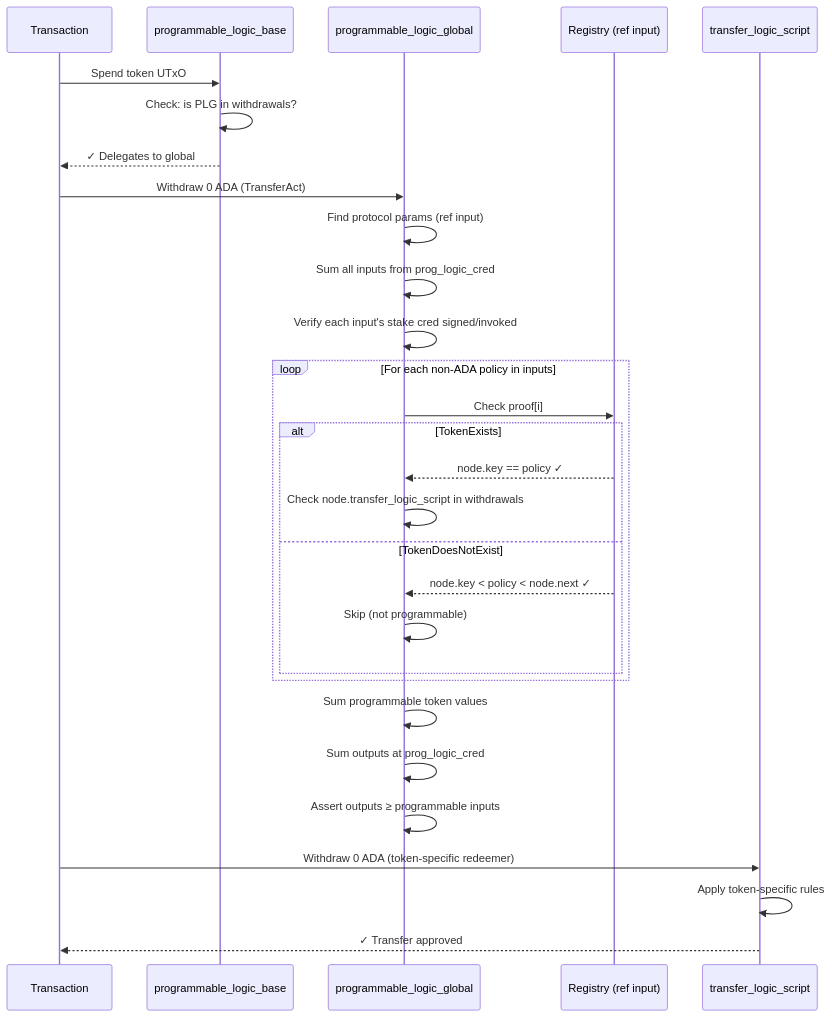
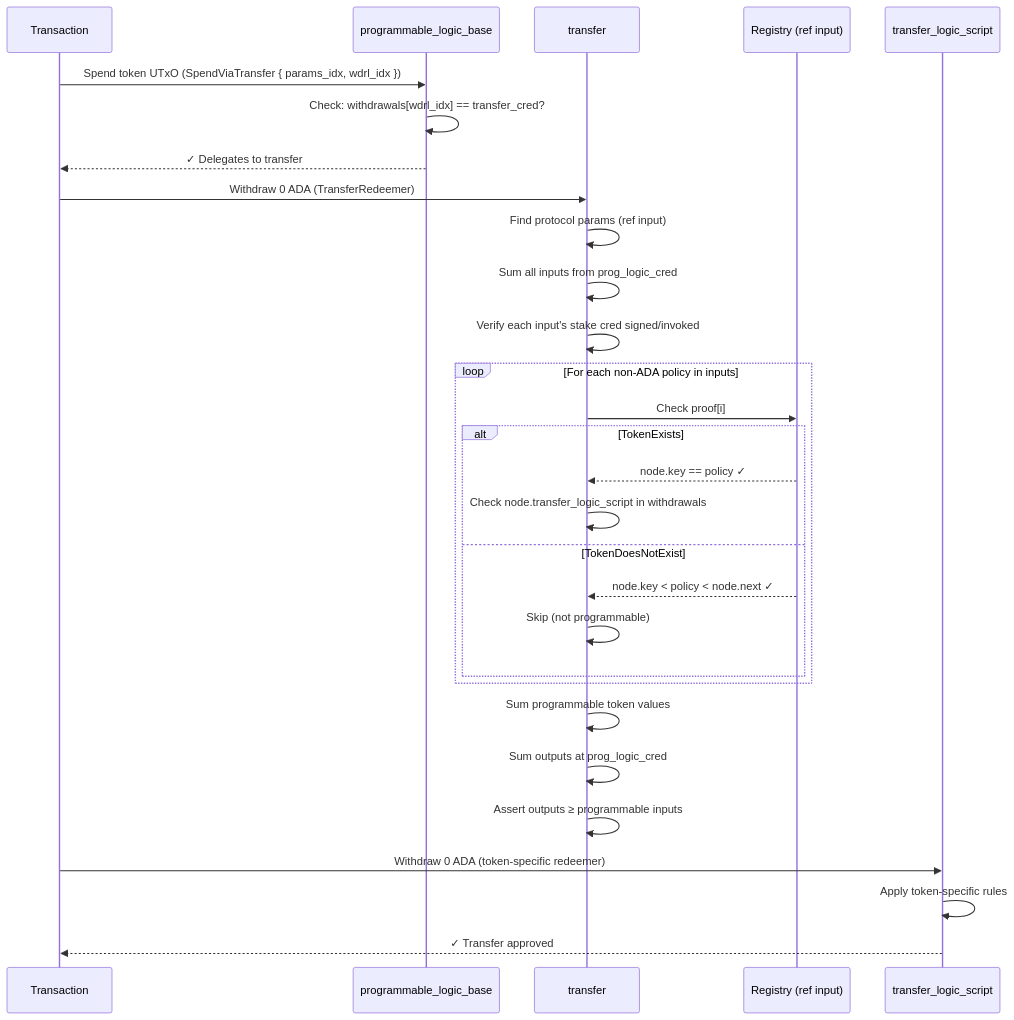
One commit to cardano-foundation/cip113-programmable-tokens changed the third of 3 diagrams in documentation/02-ARCHITECTURE.md. Above: the diagram before and after it, drawn with Mermaid. The commit also changed other lines of this file and 39 other files, not shown here.

First line of the commit message:
Dissolve PLG: PLB dispatches directly to transfer / third_party / unfracking (#110)

````diff
--- a/documentation/02-ARCHITECTURE.md
+++ b/documentation/02-ARCHITECTURE.md
@@ -415,36 +470,36 @@
 ```mermaid
 sequenceDiagram
     participant TX as Transaction
     participant PLB as programmable_logic_base
-    participant PLG as programmable_logic_global
+    participant TR as transfer
     participant REG as Registry (ref input)
     participant TL as transfer_logic_script
 
-    TX->>PLB: Spend token UTxO
-    PLB->>PLB: Check: is PLG in withdrawals?
-    PLB-->>TX: ✓ Delegates to global
+    TX->>PLB: Spend token UTxO (SpendViaTransfer { params_idx, wdrl_idx })
+    PLB->>PLB: Check: withdrawals[wdrl_idx] == transfer_cred?
+    PLB-->>TX: ✓ Delegates to transfer
 
-    TX->>PLG: Withdraw 0 ADA (TransferAct)
-    PLG->>PLG: Find protocol params (ref input)
-    PLG->>PLG: Sum all inputs from prog_logic_cred
-    PLG->>PLG: Verify each input's stake cred signed/invoked
+    TX->>TR: Withdraw 0 ADA (TransferRedeemer)
+    TR->>TR: Find protocol params (ref input)
+    TR->>TR: Sum all inputs from prog_logic_cred
+    TR->>TR: Verify each input's stake cred signed/invoked
 
     loop For each non-ADA policy in inputs
-        PLG->>REG: Check proof[i]
+        TR->>REG: Check proof[i]
         alt TokenExists
-            REG-->>PLG: node.key == policy ✓
-            PLG->>PLG: Check node.transfer_logic_script in withdrawals
+            REG-->>TR: node.key == policy ✓
+            TR->>TR: Check node.transfer_logic_script in withdrawals
         else TokenDoesNotExist
-            REG-->>PLG: node.key < policy < node.next ✓
-            PLG->>PLG: Skip (not programmable)
+            REG-->>TR: node.key < policy < node.next ✓
+            TR->>TR: Skip (not programmable)
         end
     end
 
-    PLG->>PLG: Sum programmable token values
-    PLG->>PLG: Sum outputs at prog_logic_cred
-    PLG->>PLG: Assert outputs ≥ programmable inputs
+    TR->>TR: Sum programmable token values
+    TR->>TR: Sum outputs at prog_logic_cred
+    TR->>TR: Assert outputs ≥ programmable inputs
 
     TX->>TL: Withdraw 0 ADA (token-specific redeemer)
     TL->>TL: Apply token-specific rules
     TL-->>TX: ✓ Transfer approved
 ```
````
